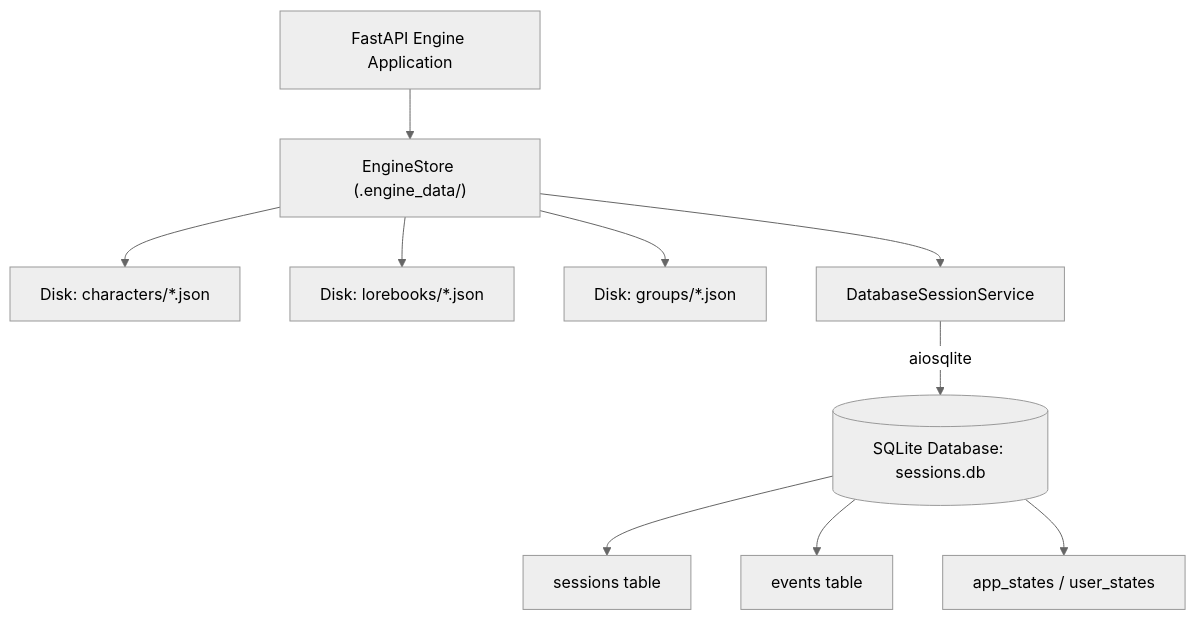
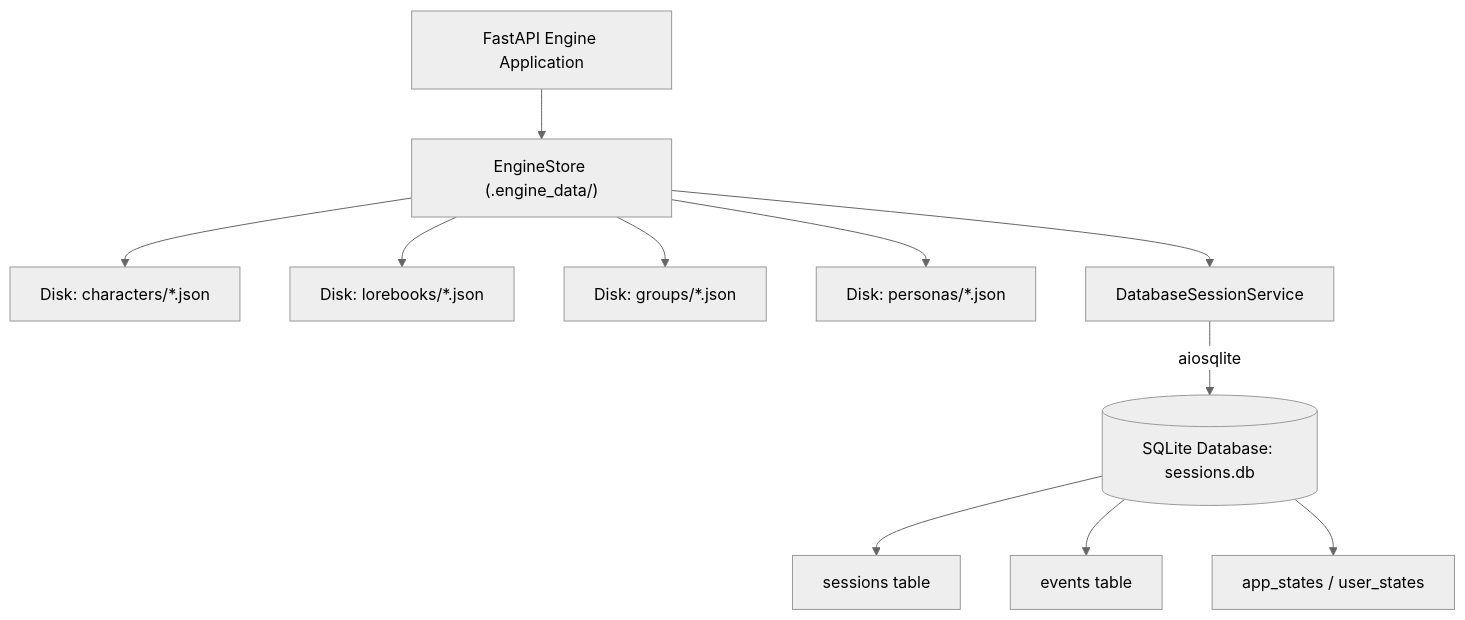
One commit to tangcc35/slm-vlm-post-training changed the first of 2 diagrams in .agents/skills/story-rp-backend/references/database-session-storage.md. Above: the diagram before and after it, drawn with Mermaid (neutral theme). The commit also changed other lines of this file and 9 other files, not shown here.

````diff
--- a/.agents/skills/story-rp-backend/references/database-session-storage.md
+++ b/.agents/skills/story-rp-backend/references/database-session-storage.md
@@ -13,12 +13,13 @@
 ```mermaid
 graph TD
     App["FastAPI Engine Application"] --> Store["EngineStore (.engine_data/)"]
     Store --> DiskCards["Disk: characters/*.json"]
     Store --> DiskLore["Disk: lorebooks/*.json"]
     Store --> DiskGroups["Disk: groups/*.json"]
+    Store --> DiskPersonas["Disk: personas/*.json"]
     Store --> DSS["DatabaseSessionService"]
     DSS -->|aiosqlite| DB[("SQLite Database: sessions.db")]
     DB --> TabSessions["sessions table"]
     DB --> TabEvents["events table"]
     DB --> TabState["app_states / user_states"]
 ```
````
